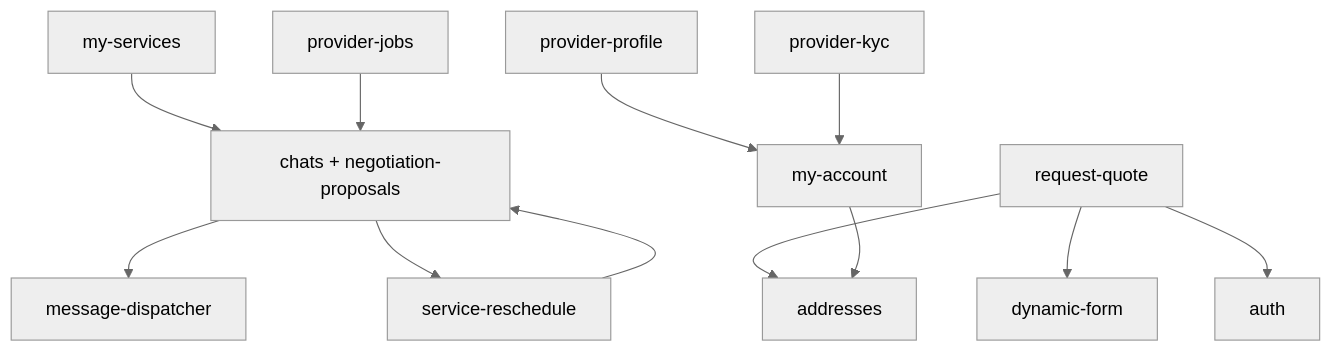
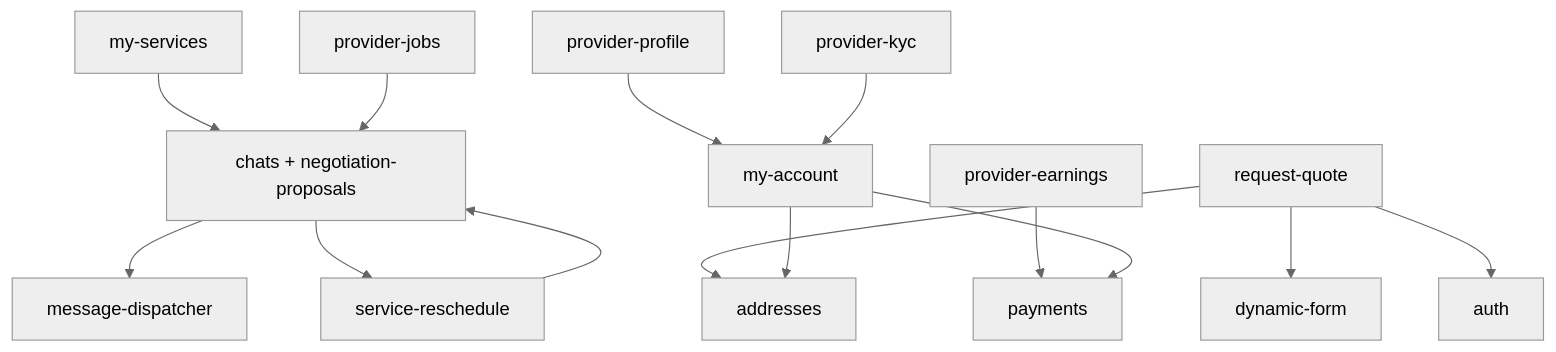
The diagram in docs/business/02-mapa-de-modulos-e-features.md (higorpo/renovi-orbit-test), drawn with Mermaid (neutral theme) before and after one commit. The commit also changed other lines of this file and 97 other files, not shown here.

First line of the commit message:
Create provider earnings page and enhance payment features

````diff
--- a/docs/business/02-mapa-de-modulos-e-features.md
+++ b/docs/business/02-mapa-de-modulos-e-features.md
@@ -77,26 +78,30 @@
 ```mermaid
 flowchart TB
   RQ[request-quote]
   DF[dynamic-form]
   AD[addresses]
   AU[auth]
   CM[my-services]
   PJ[provider-jobs]
   PP[provider-profile]
   MA[my-account]
   PK[provider-kyc]
   CH[chats + negotiation-proposals]
   SR[service-reschedule]
   MD[message-dispatcher]
+  PAY[payments]
+  PE[provider-earnings]
   RQ --> DF
   RQ --> AD
   RQ --> AU
   CM --> CH
   MA --> AD
   PP --> MA
   PJ --> CH
   CH --> MD
   CH --> SR
   SR --> CH
   PK --> MA
+  PE --> PAY
+  MA --> PAY
 ```
````
